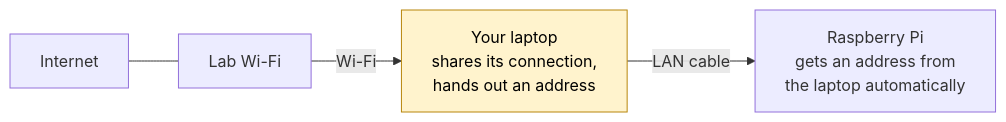
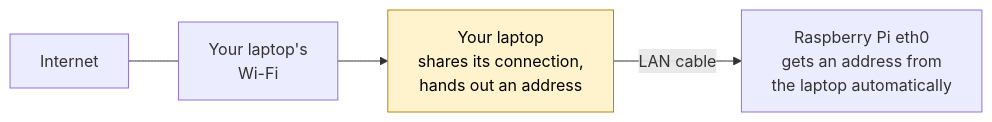
The sixth of 23 diagrams in day1.md (luqmanyusof/industrial-iot-raspberry-pi), drawn with Mermaid before and after one commit. The commit also changed other lines of this file and 2 other files, not shown here.

First line of the commit message:
Day 1: Pi on two networks (internet via laptop LAN cable, plant via ESP32 Wi-Fi AP)

````diff
--- a/day1.md
+++ b/day1.md
@@ -186,8 +197,8 @@
 ```mermaid
 flowchart LR
-    net["Internet"] --- wifi["Lab Wi-Fi"]
-    wifi -- "Wi-Fi" --> lap["Your laptop<br/>shares its connection,<br/>hands out an address"]
-    lap -- "LAN cable" --> pi["Raspberry Pi<br/>gets an address from<br/>the laptop automatically"]
+    net["Internet"] --- wifi["Your laptop's<br/>Wi-Fi"]
+    wifi --> lap["Your laptop<br/>shares its connection,<br/>hands out an address"]
+    lap -- "LAN cable" --> pi["Raspberry Pi eth0<br/>gets an address from<br/>the laptop automatically"]
     classDef pi fill:#fff3cd,stroke:#b8860b,color:#000
     class lap pi
 ```
````
